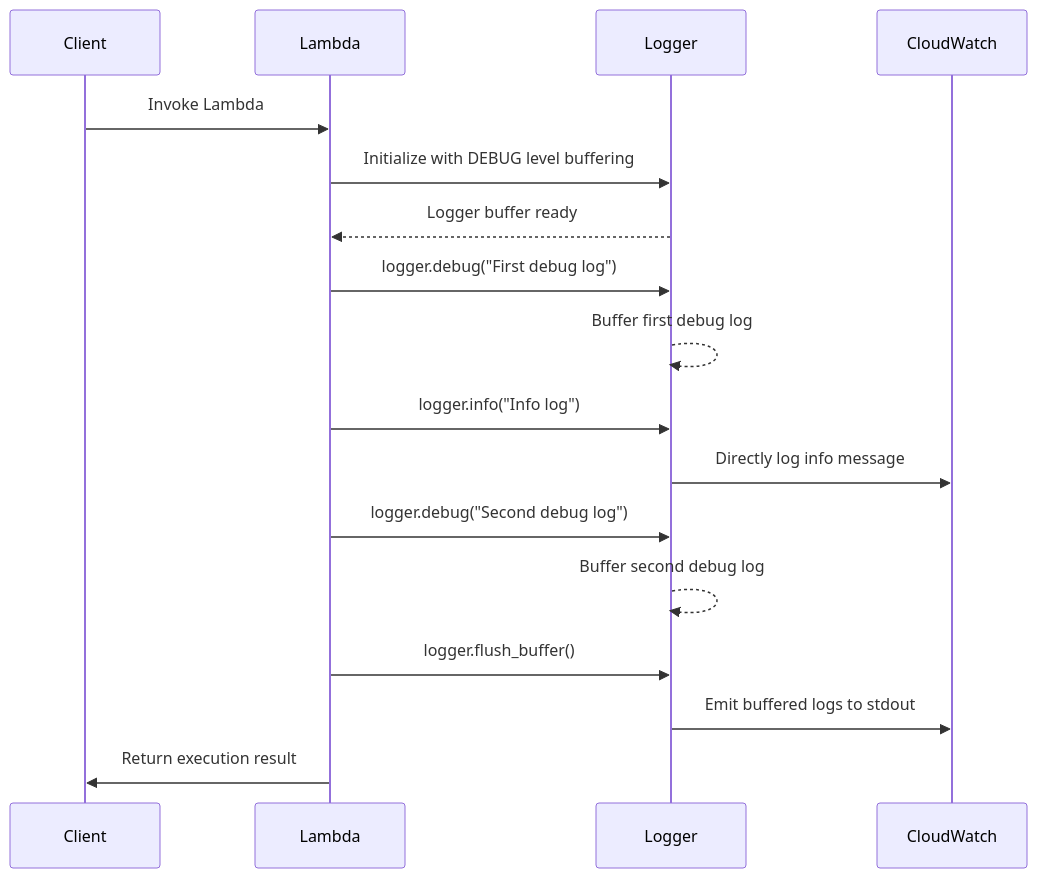
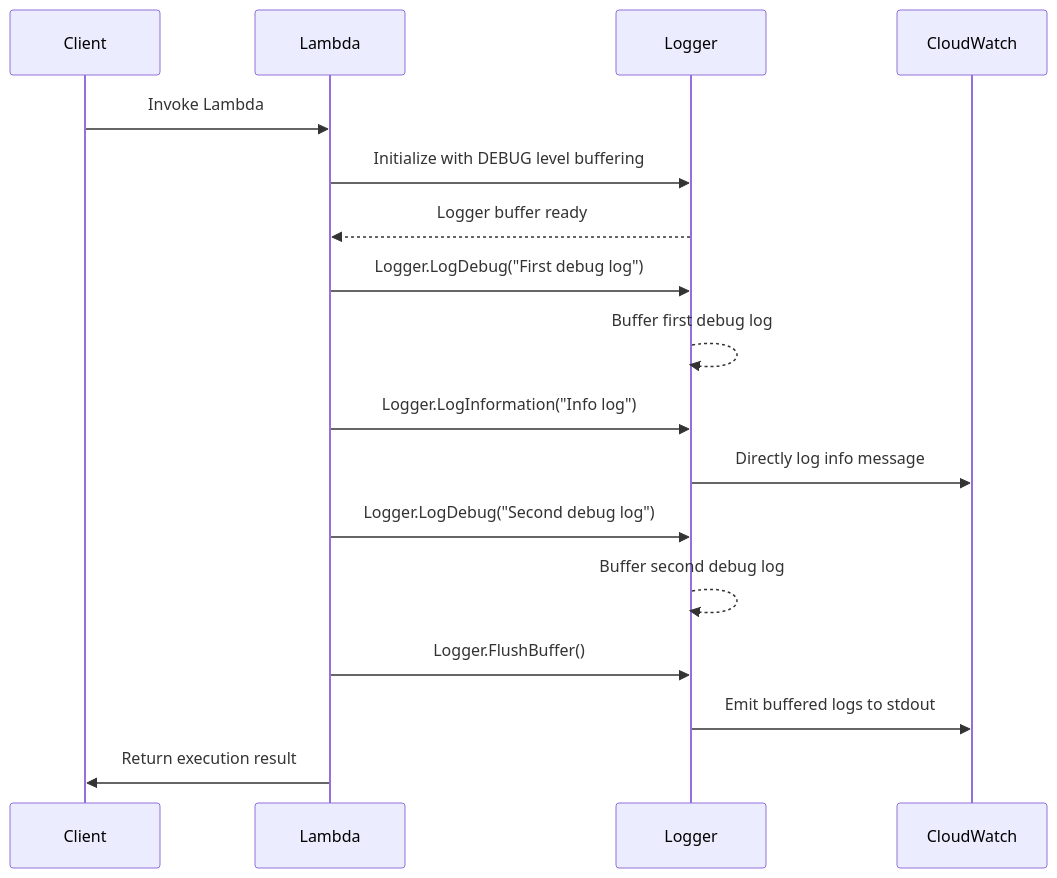
One commit to aws-powertools/powertools-lambda-dotnet changed the second of 4 diagrams in docs/core/logging-v2.md. Above: the diagram before and after it, drawn with Mermaid. The commit also changed other lines of this file and 11 other files, not shown here.

````diff
--- a/docs/core/logging-v2.md
+++ b/docs/core/logging-v2.md
@@ -1200,19 +1200,19 @@
 ```mermaid
 sequenceDiagram
     participant Client
     participant Lambda
     participant Logger
     participant CloudWatch
     Client->>Lambda: Invoke Lambda
     Lambda->>Logger: Initialize with DEBUG level buffering
     Logger-->>Lambda: Logger buffer ready
-    Lambda->>Logger: logger.debug("First debug log")
+    Lambda->>Logger: Logger.LogDebug("First debug log")
     Logger-->>Logger: Buffer first debug log
-    Lambda->>Logger: logger.info("Info log")
+    Lambda->>Logger: Logger.LogInformation("Info log")
     Logger->>CloudWatch: Directly log info message
-    Lambda->>Logger: logger.debug("Second debug log")
+    Lambda->>Logger: Logger.LogDebug("Second debug log")
     Logger-->>Logger: Buffer second debug log
-    Lambda->>Logger: logger.flush_buffer()
+    Lambda->>Logger: Logger.FlushBuffer()
     Logger->>CloudWatch: Emit buffered logs to stdout
     Lambda->>Client: Return execution result
 ```
````
